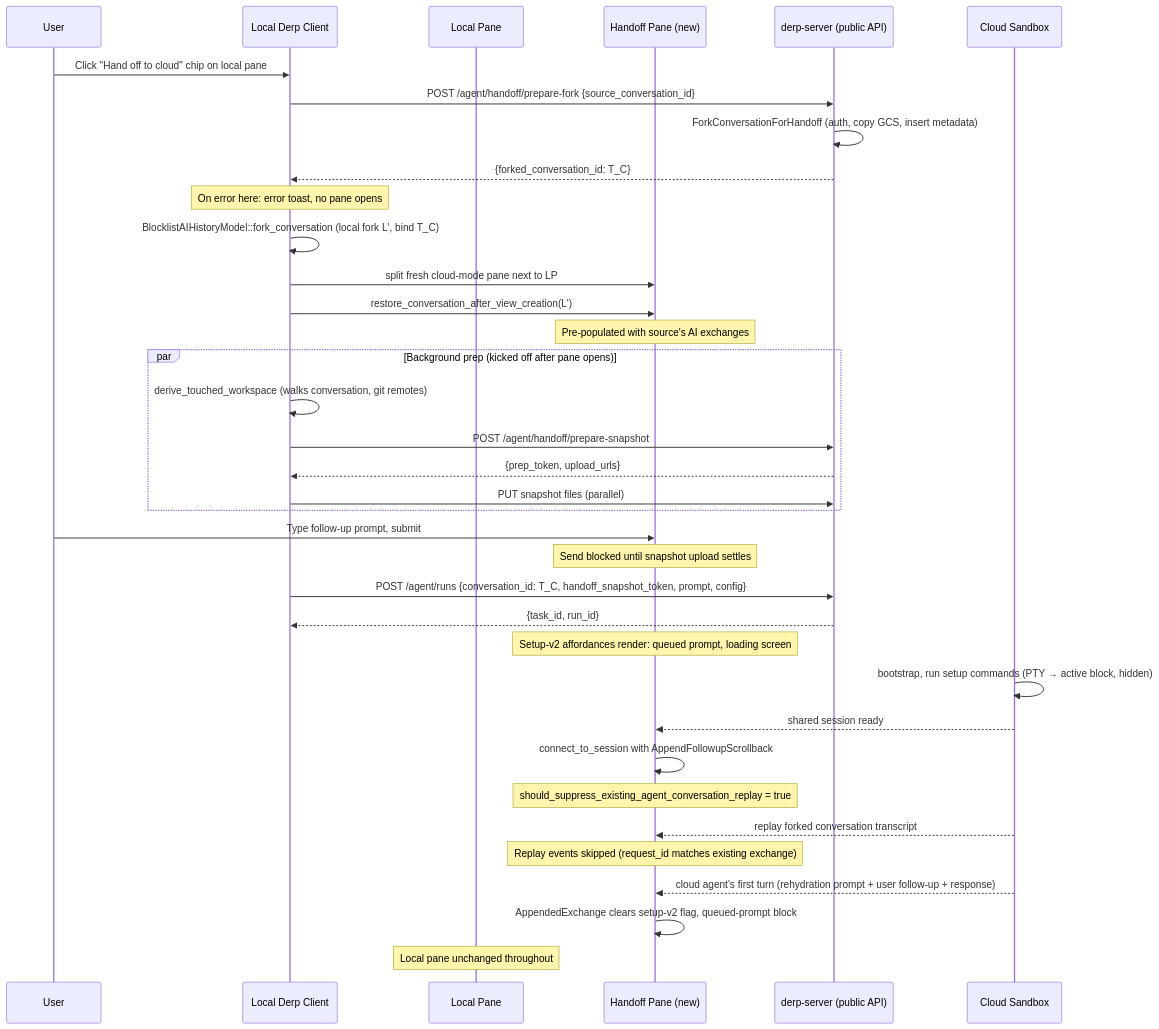
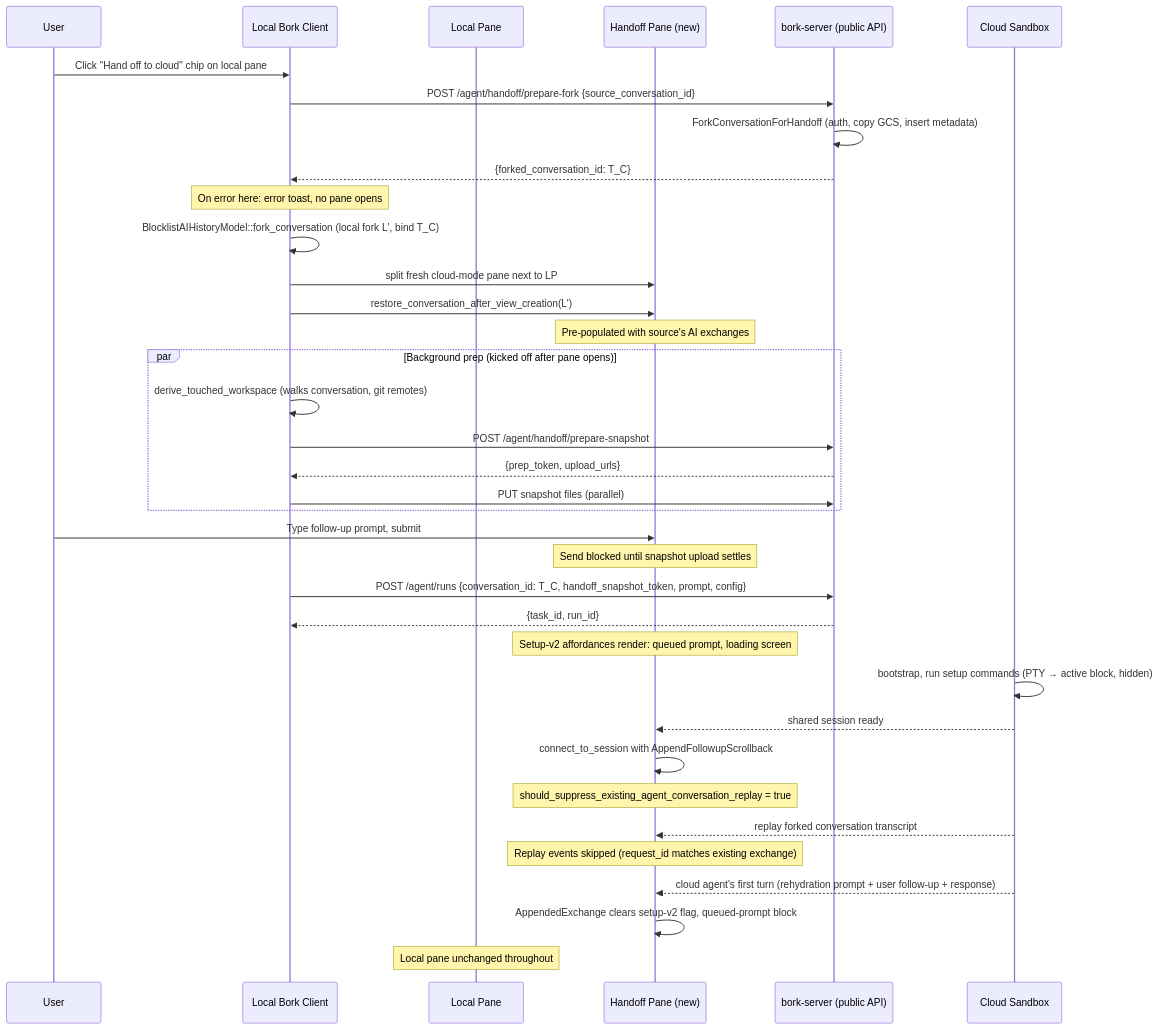
Before and after one commit to antikrust/krust-terminal: the diagram in specs/REMOTE-1519/TECH.md, drawn with Mermaid. The commit also changed other lines of this file and 4477 other files, not shown here.

First line of the commit message:
Rebrand Derp -> Bork

````diff
--- a/specs/REMOTE-1519/TECH.md
+++ b/specs/REMOTE-1519/TECH.md
@@ -14,38 +14,38 @@
 ```mermaid
 sequenceDiagram
     participant U as User
-    participant C as Local Derp Client
+    participant C as Local Bork Client
     participant LP as Local Pane
     participant HP as Handoff Pane (new)
-    participant API as derp-server (public API)
+    participant API as bork-server (public API)
     participant Sand as Cloud Sandbox
     U->>C: Click "Hand off to cloud" chip on local pane
     C->>API: POST /agent/handoff/prepare-fork {source_conversation_id}
     API->>API: ForkConversationForHandoff (auth, copy GCS, insert metadata)
     API-->>C: {forked_conversation_id: T_C}
     Note over C: On error here: error toast, no pane opens
     C->>C: BlocklistAIHistoryModel::fork_conversation (local fork L', bind T_C)
     C->>HP: split fresh cloud-mode pane next to LP
     C->>HP: restore_conversation_after_view_creation(L')
     Note over HP: Pre-populated with source's AI exchanges
     par Background prep (kicked off after pane opens)
         C->>C: derive_touched_workspace (walks conversation, git remotes)
         C->>API: POST /agent/handoff/prepare-snapshot
         API-->>C: {prep_token, upload_urls}
         C->>API: PUT snapshot files (parallel)
     end
     U->>HP: Type follow-up prompt, submit
     Note over HP: Send blocked until snapshot upload settles
     C->>API: POST /agent/runs {conversation_id: T_C, handoff_snapshot_token, prompt, config}
     API-->>C: {task_id, run_id}
     Note over HP: Setup-v2 affordances render: queued prompt, loading screen
     Sand->>Sand: bootstrap, run setup commands (PTY → active block, hidden)
     Sand-->>HP: shared session ready
     HP->>HP: connect_to_session with AppendFollowupScrollback
     Note over HP: should_suppress_existing_agent_conversation_replay = true
     Sand-->>HP: replay forked conversation transcript
     Note over HP: Replay events skipped (request_id matches existing exchange)
     Sand-->>HP: cloud agent's first turn (rehydration prompt + user follow-up + response)
     HP->>HP: AppendedExchange clears setup-v2 flag, queued-prompt block
     Note over LP: Local pane unchanged throughout
 ```
````
